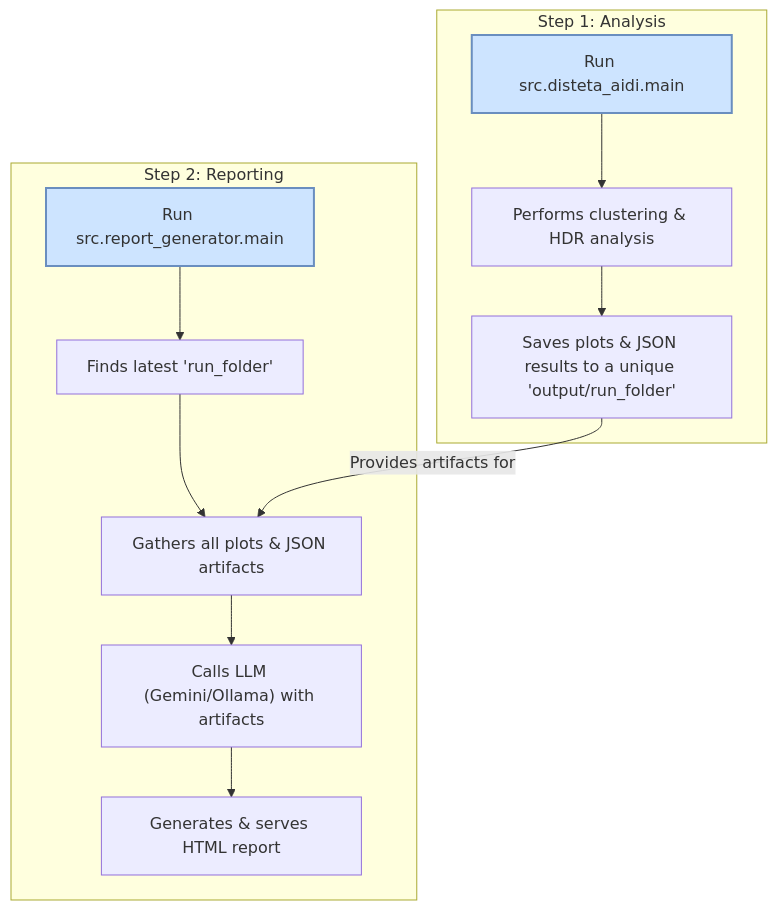
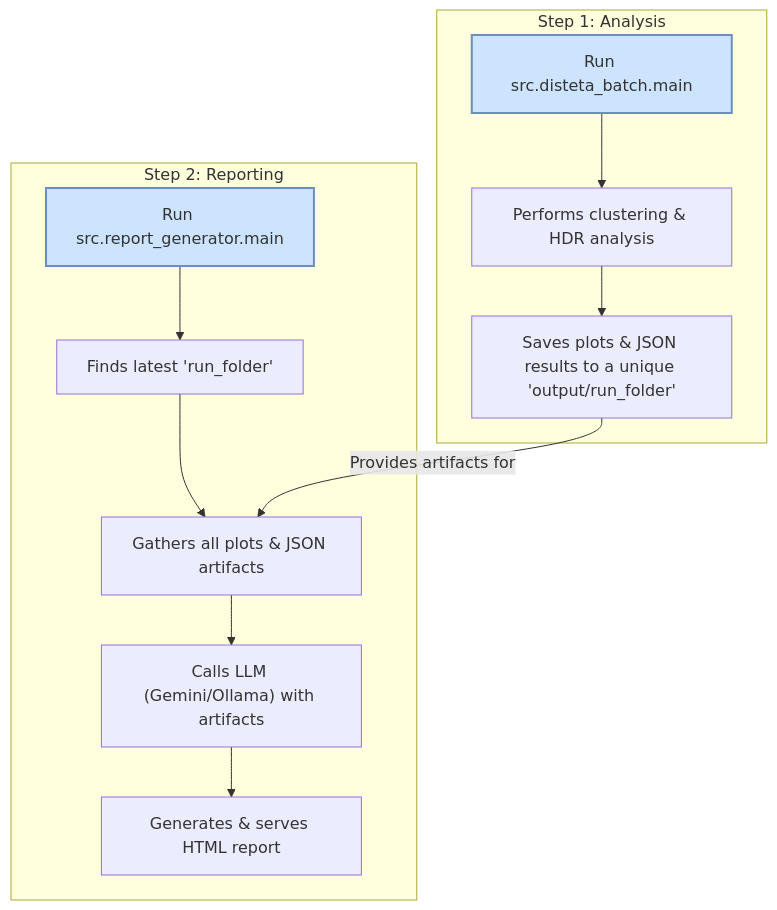
The first of 2 diagrams in docs/WORKFLOW.md (oarguido/DistETA_and_LLMReporting), drawn with Mermaid before and after one commit. The commit also changed other lines of this file and 16 other files, not shown here.

````diff
--- a/docs/WORKFLOW.md
+++ b/docs/WORKFLOW.md
@@ -30,19 +30,19 @@
 ```mermaid
 graph TD
     subgraph "Step 1: Analysis"
-        A[Run src.disteta_aidi.main] --> B["Performs clustering & HDR analysis"];
+        A[Run src.disteta_batch.main] --> B["Performs clustering & HDR analysis"];
         B --> C["Saves plots & JSON results to a unique 'output/run_folder'"];
     end
 
     subgraph "Step 2: Reporting"
         D[Run src.report_generator.main] --> E["Finds latest 'run_folder'"];
         E --> F["Gathers all plots & JSON artifacts"];
         F --> G["Calls LLM (Gemini/Ollama) with artifacts"];
         G --> H["Generates & serves HTML report"];
     end
 
     C -- "Provides artifacts for" --> F;
 
     style A fill:#cde4ff,stroke:#6a8ebf,stroke-width:2px;
     style D fill:#cde4ff,stroke:#6a8ebf,stroke-width:2px;
 ```
````
